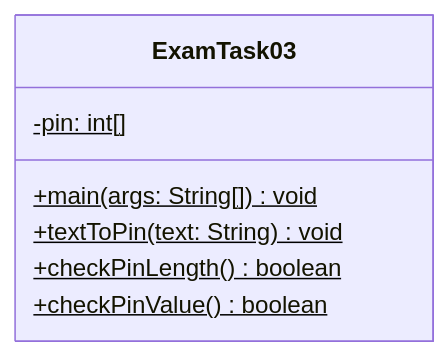
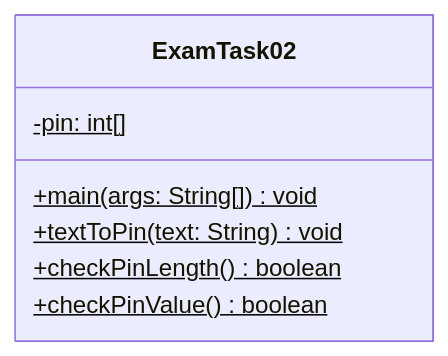
The second of 8 diagrams in docs/additional-material/daniel/sample-exam-java1.md (jappuccini/java-docs), drawn with Mermaid before and after one commit. The commit also changed other lines of this file and 4 other files, not shown here.

````diff
--- a/docs/additional-material/daniel/sample-exam-java1.md
+++ b/docs/additional-material/daniel/sample-exam-java1.md
@@ -294,10 +189,10 @@
 ```mermaid
 classDiagram
-    class ExamTask03 {
+    class ExamTask02 {
         -pin: int[]$
         +main(args: String[]) void$
         +textToPin(text: String) void$
         +checkPinLength() boolean$
         +checkPinValue() boolean$
     }
 ```
````
